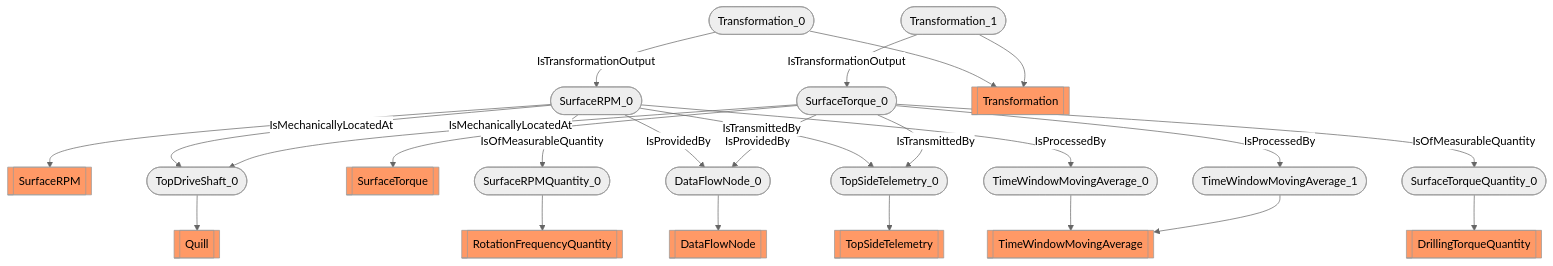
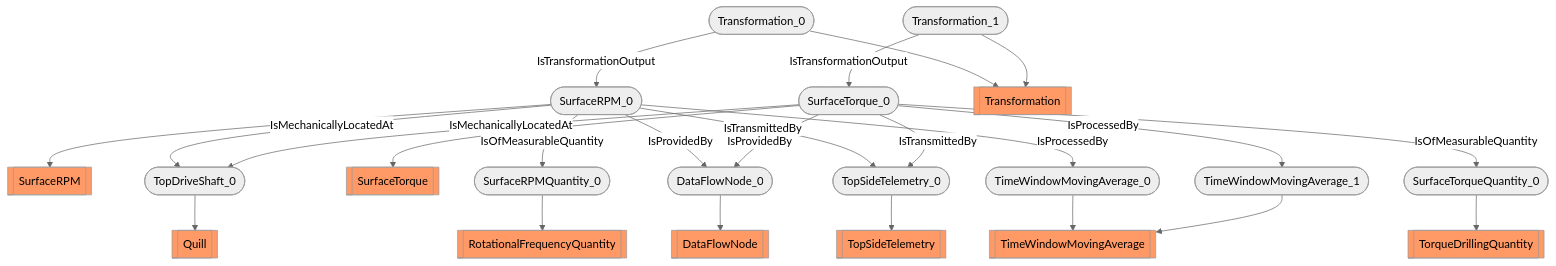
Before and after one commit to D-WIS/DDHub-Semantic-Interoperability: the diagram in docs/vocabulary_development/auto-generated/md/examples/Rotation and Torque.md, drawn with Mermaid (neutral theme). The commit also changed other lines of this file and 44 other files, not shown here.

````diff
--- a/docs/vocabulary_development/auto-generated/md/examples/Rotation and Torque.md
+++ b/docs/vocabulary_development/auto-generated/md/examples/Rotation and Torque.md
@@ -25,28 +25,28 @@
 ```mermaid
 flowchart TD
 	 classDef typeClass fill:#f96;
 	 classDef classClass fill:#9dd0ff;
 	SurfaceRPM_0([SurfaceRPM_0]) --> SurfaceRPM[[SurfaceRPM]]:::typeClass
 	TopDriveShaft_0([TopDriveShaft_0]) --> Quill[[Quill]]:::typeClass
 	SurfaceTorque_0([SurfaceTorque_0]) --> SurfaceTorque[[SurfaceTorque]]:::typeClass
-	SurfaceRPMQuantity_0([SurfaceRPMQuantity_0]) --> RotationFrequencyQuantity[[RotationFrequencyQuantity]]:::typeClass
-	SurfaceTorqueQuantity_0([SurfaceTorqueQuantity_0]) --> DrillingTorqueQuantity[[DrillingTorqueQuantity]]:::typeClass
+	SurfaceRPMQuantity_0([SurfaceRPMQuantity_0]) --> RotationalFrequencyQuantity[[RotationalFrequencyQuantity]]:::typeClass
+	SurfaceTorqueQuantity_0([SurfaceTorqueQuantity_0]) --> TorqueDrillingQuantity[[TorqueDrillingQuantity]]:::typeClass
 	Transformation_0([Transformation_0]) --> Transformation[[Transformation]]:::typeClass
 	Transformation_1([Transformation_1]) --> Transformation[[Transformation]]:::typeClass
 	DataFlowNode_0([DataFlowNode_0]) --> DataFlowNode[[DataFlowNode]]:::typeClass
 	TopSideTelemetry_0([TopSideTelemetry_0]) --> TopSideTelemetry[[TopSideTelemetry]]:::typeClass
 	TimeWindowMovingAverage_0([TimeWindowMovingAverage_0]) --> TimeWindowMovingAverage[[TimeWindowMovingAverage]]:::typeClass
 	TimeWindowMovingAverage_1([TimeWindowMovingAverage_1]) --> TimeWindowMovingAverage[[TimeWindowMovingAverage]]:::typeClass
 	 SurfaceRPM_0 -- IsMechanicallyLocatedAt --> TopDriveShaft_0 
 	 SurfaceTorque_0 -- IsMechanicallyLocatedAt --> TopDriveShaft_0 
 	 SurfaceRPM_0 -- IsOfMeasurableQuantity --> SurfaceRPMQuantity_0 
 	 SurfaceTorque_0 -- IsOfMeasurableQuantity --> SurfaceTorqueQuantity_0 
 	 Transformation_0 -- IsTransformationOutput --> SurfaceRPM_0 
 	 Transformation_1 -- IsTransformationOutput --> SurfaceTorque_0 
 	 SurfaceRPM_0 -- IsProvidedBy --> DataFlowNode_0 
 	 SurfaceTorque_0 -- IsProvidedBy --> DataFlowNode_0 
 	 SurfaceRPM_0 -- IsTransmittedBy --> TopSideTelemetry_0 
 	 SurfaceTorque_0 -- IsTransmittedBy --> TopSideTelemetry_0 
 	 SurfaceRPM_0 -- IsProcessedBy --> TimeWindowMovingAverage_0 
 	 SurfaceTorque_0 -- IsProcessedBy --> TimeWindowMovingAverage_1 
 ```
````
